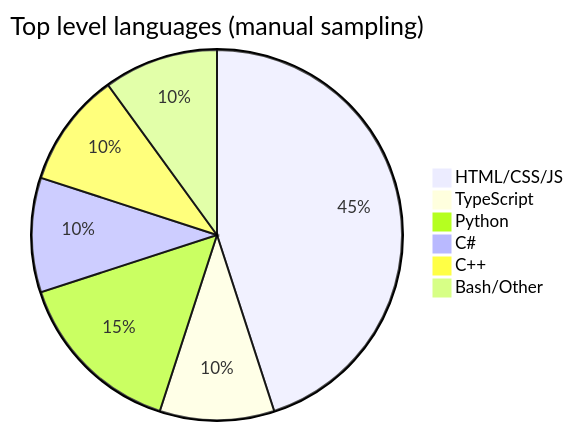
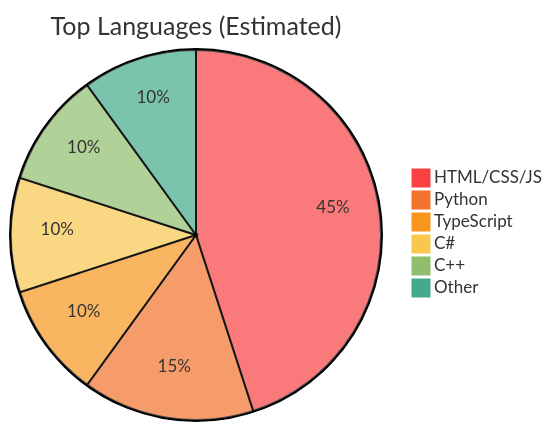
One commit to JHVIW/jhviw.github.io changed the first of 3 diagrams in readme.md. Above: the diagram before and after it, drawn with Mermaid. The commit also changed other lines of this file, not shown here.

````diff
--- a/readme.md
+++ b/readme.md
@@ -53,10 +55,10 @@
 ```mermaid
-%% GitHub renders Mermaid – this is a live pie chart
-pie title  Top level languages (manual sampling)
-  "HTML/CSS/JS" : 45
-  "TypeScript"  : 10
-  "Python"      : 15
-  "C#"          : 10
-  "C++"         : 10
-  "Bash/Other"  : 10
+%%{init: {'theme': 'base', 'themeVariables': { 'pie1': '#f94144', 'pie2': '#f3722c', 'pie3': '#f8961e', 'pie4': '#f9c74f', 'pie5': '#90be6d', 'pie6': '#43aa8b'}}}%%
+pie title Top Languages (Estimated)
+    "HTML/CSS/JS" : 45
+    "Python"      : 15
+    "TypeScript"  : 10
+    "C#"          : 10
+    "C++"         : 10
+    "Other"       : 10
 ```
````
